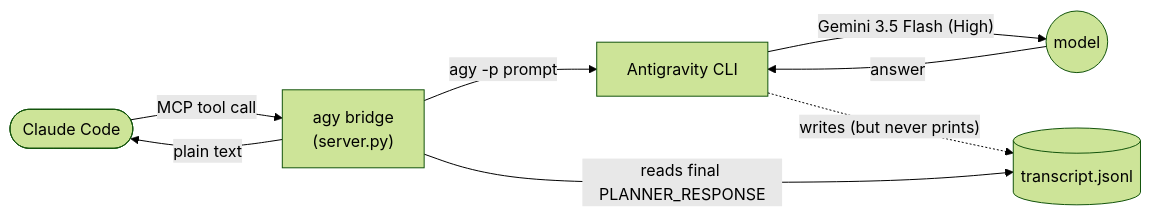
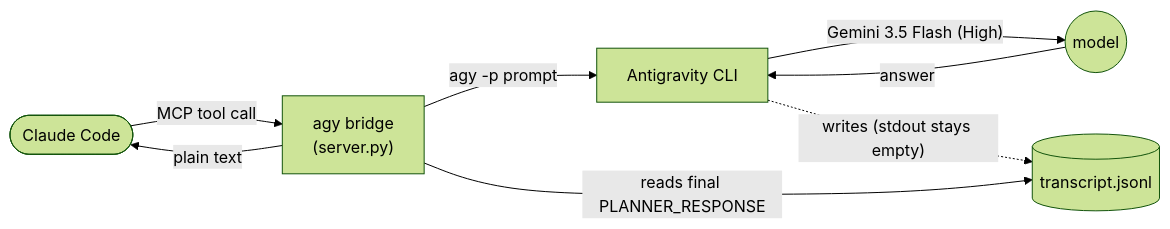
Before and after one commit to SinanTufekci/agent-intern: the diagram in README.md, drawn with Mermaid (forest theme). The commit also changed other lines of this file and 4 other files, not shown here.

````diff
--- a/README.md
+++ b/README.md
@@ -44,10 +46,10 @@
 ```mermaid
 flowchart LR
     A([Claude Code]) -- "MCP tool call" --> B["agy bridge<br/>(server.py)"]
     B -- "agy -p prompt" --> C[Antigravity CLI]
     C -- "Gemini 3.5 Flash (High)" --> M((model))
     M -- "answer" --> C
-    C -. "writes (but never prints)" .-> T[("transcript.jsonl")]
+    C -. "writes (stdout stays empty)" .-> T[("transcript.jsonl")]
     B -- "reads final PLANNER_RESPONSE" --> T
     B -- "plain text" --> A
 ```
````
